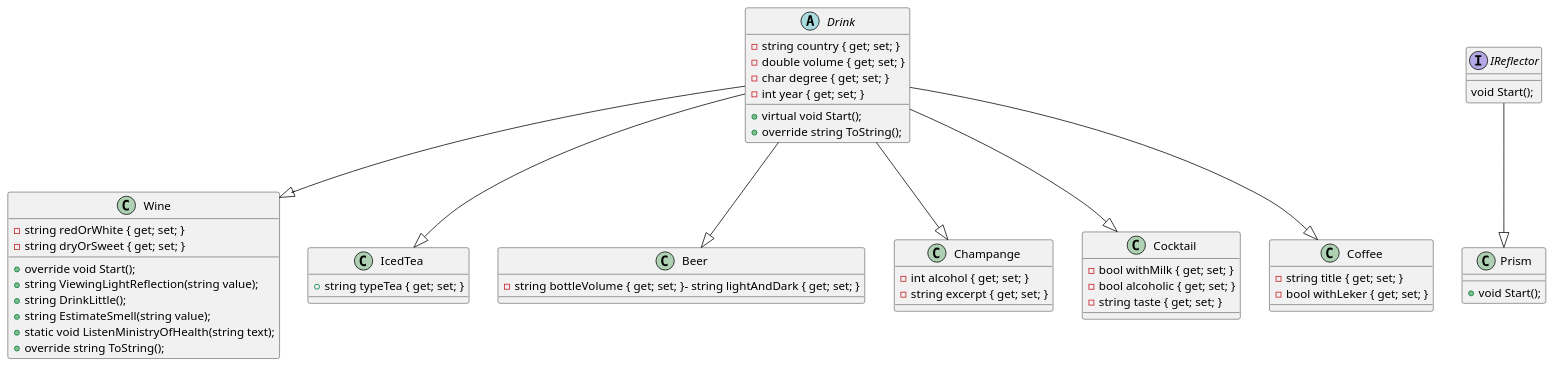
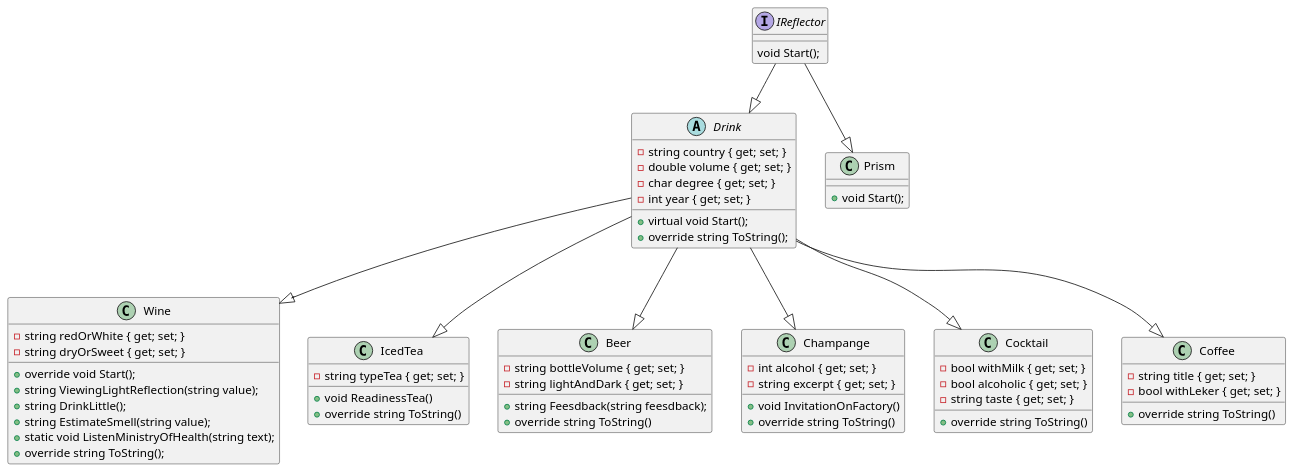
Before and after one commit to Neket27/C-sharb_voenmeh: the diagram in zd1/zd3.puml, drawn with PlantUML. The commit also changed 1 other file, not shown here.

```diff
--- a/zd1/zd3.puml
+++ b/zd1/zd3.puml
@@ -1,77 +1,90 @@
 @startuml
 
 abstract class Drink
 {
     - string country { get; set; }
     - double volume { get; set; }
     - char degree { get; set; }
     - int year { get; set; }
 
     + virtual void Start();
     + override string ToString();
 }
 
 class Wine 
 {
    - string redOrWhite { get; set; }
    - string dryOrSweet { get; set; }
    
     + override void Start();   
     + string ViewingLightReflection(string value);
     + string DrinkLittle();
     + string EstimateSmell(string value); 
     + static void ListenMinistryOfHealth(string text);
     + override string ToString();
 }
 
 class IcedTea
 {
-    + string typeTea { get; set; }
-
+    - string typeTea { get; set; }
+    
+    + void ReadinessTea()
+    +override string ToString()
 }
 
 class Beer
 {
-    - string bottleVolume { get; set; }- string lightAndDark { get; set; }
+    - string bottleVolume { get; set; }
+    - string lightAndDark { get; set; }
     
+    + string Feesdback(string feesdback);
+    + override string ToString()
 }
 
 
 class Champange
 {
     - int alcohol { get; set; }
     - string excerpt { get; set; }
+    
+    + void InvitationOnFactory()
+    + override string ToString()
 }
 
 class Cocktail
 {
     - bool withMilk { get; set; }
     - bool alcoholic { get; set; }
     - string taste { get; set; }
+    
+    + override string ToString()
 }
 
 class Coffee
 {
     - string title { get; set; }
     - bool withLeker { get; set; }
+    
+    + override string ToString()
 }
 
 interface IReflector
 {
     void Start();
 }
 
 class Prism
 {
     + void Start();
 }
 
 Drink --|> Wine
 Drink --|> IcedTea
 Drink --|> Beer
 Drink --|> Champange
 Drink --|> Cocktail
 Drink --|> Coffee
 IReflector --|> Prism
+IReflector --|> Drink
 
 @enduml
```
